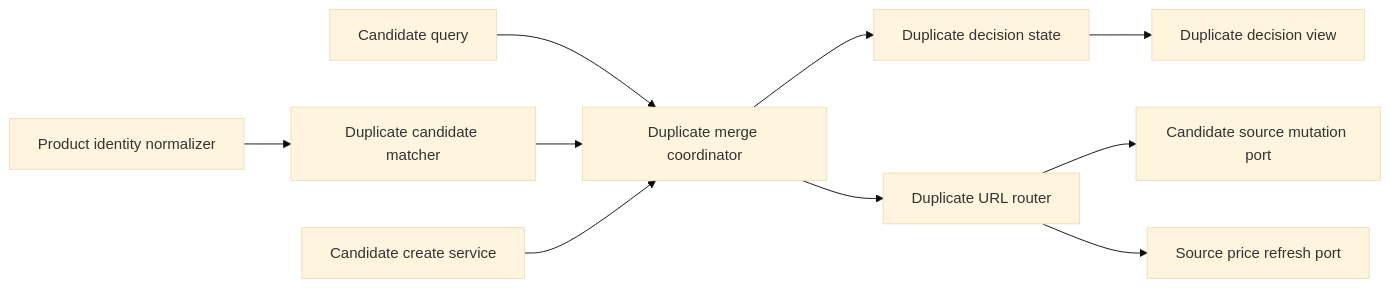
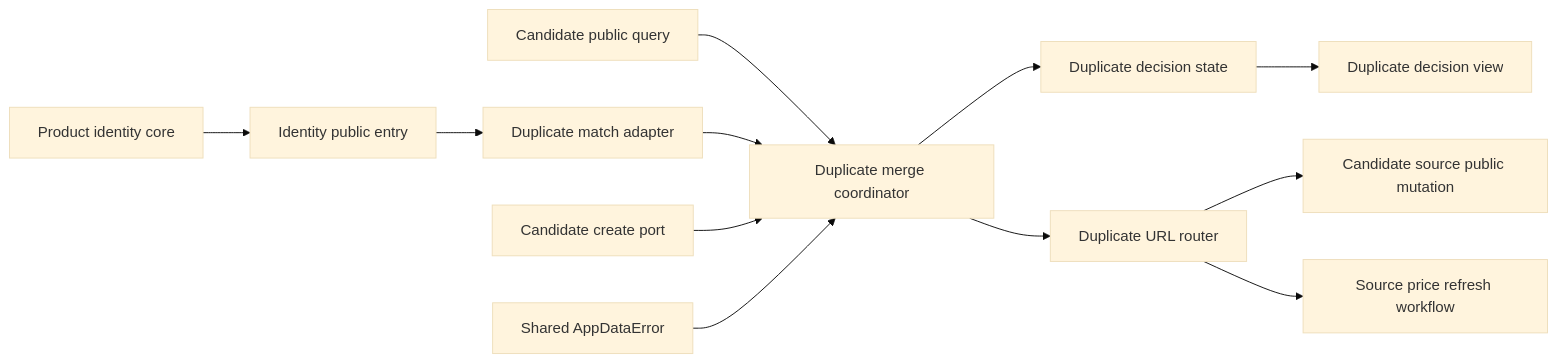
Before and after one commit to Huruikagi/pc-build-planner: the first of 3 diagrams in .kiro/specs/duplicate-product-merge/design.md, drawn with Mermaid (base theme). The commit also changed other lines of this file and 85 other files, not shown here.

````diff
--- a/.kiro/specs/duplicate-product-merge/design.md
+++ b/.kiro/specs/duplicate-product-merge/design.md
@@ -68,12 +83,14 @@
 ```mermaid
 graph LR
-    CaptureNormalizer[Product identity normalizer] --> Matcher[Duplicate candidate matcher]
-    CandidateQuery[Candidate query] --> Coordinator[Duplicate merge coordinator]
-    Matcher --> Coordinator
+    IdentityCore[Product identity core] --> IdentityPublic[Identity public entry]
+    IdentityPublic --> Adapter[Duplicate match adapter]
+    CandidateQuery[Candidate public query] --> Coordinator[Duplicate merge coordinator]
+    Adapter --> Coordinator
     Coordinator --> DecisionState[Duplicate decision state]
     DecisionState --> DecisionView[Duplicate decision view]
     Coordinator --> UrlRouter[Duplicate URL router]
-    UrlRouter --> SourceMutation[Candidate source mutation port]
-    UrlRouter --> PriceRefresh[Source price refresh port]
-    CandidateCreate[Candidate create service] --> Coordinator
+    UrlRouter --> SourceMutation[Candidate source public mutation]
+    UrlRouter --> PriceRefresh[Source price refresh workflow]
+    CandidateCreate[Candidate create port] --> Coordinator
+    Error[Shared AppDataError] --> Coordinator
 ```
````
